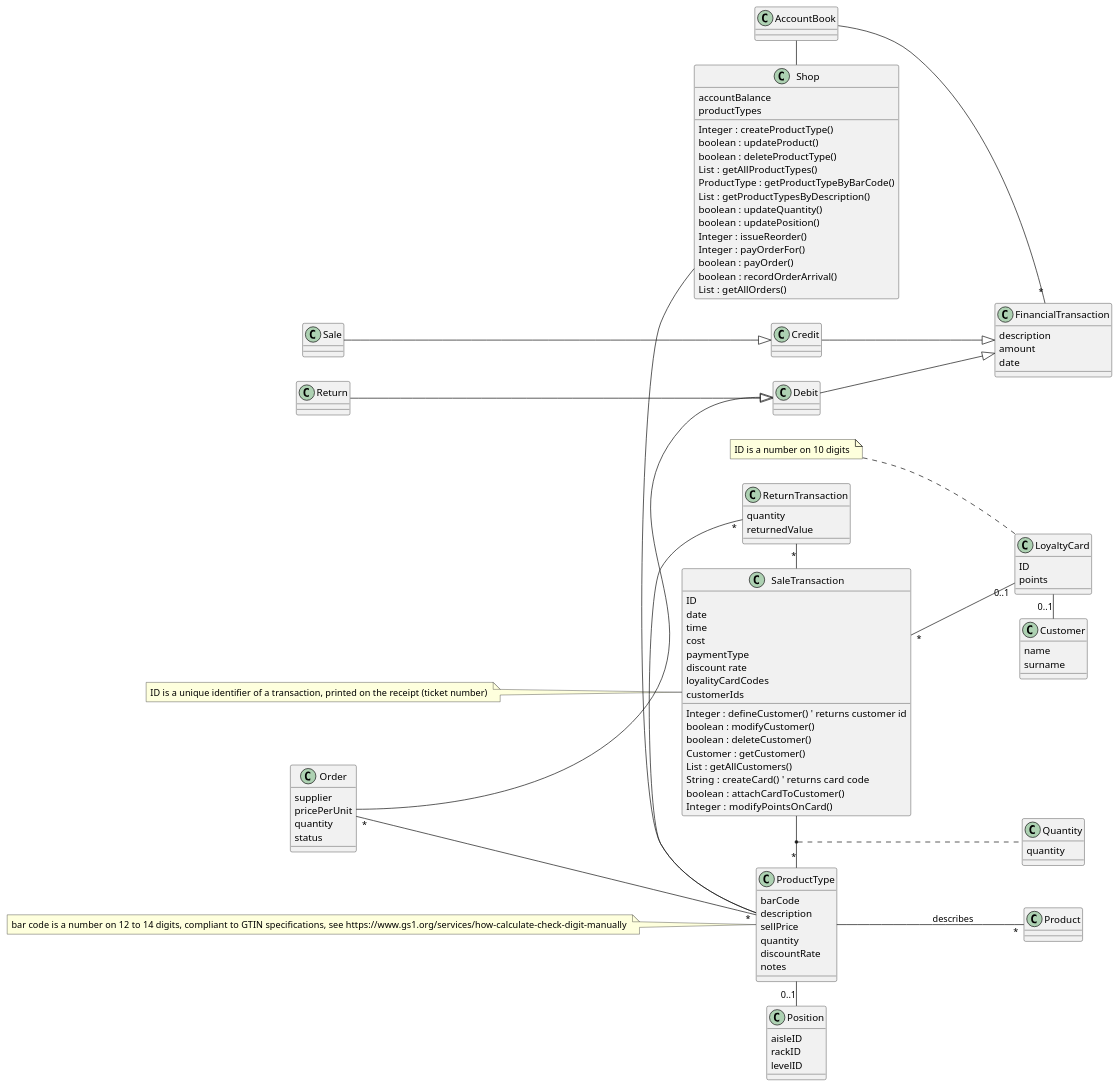
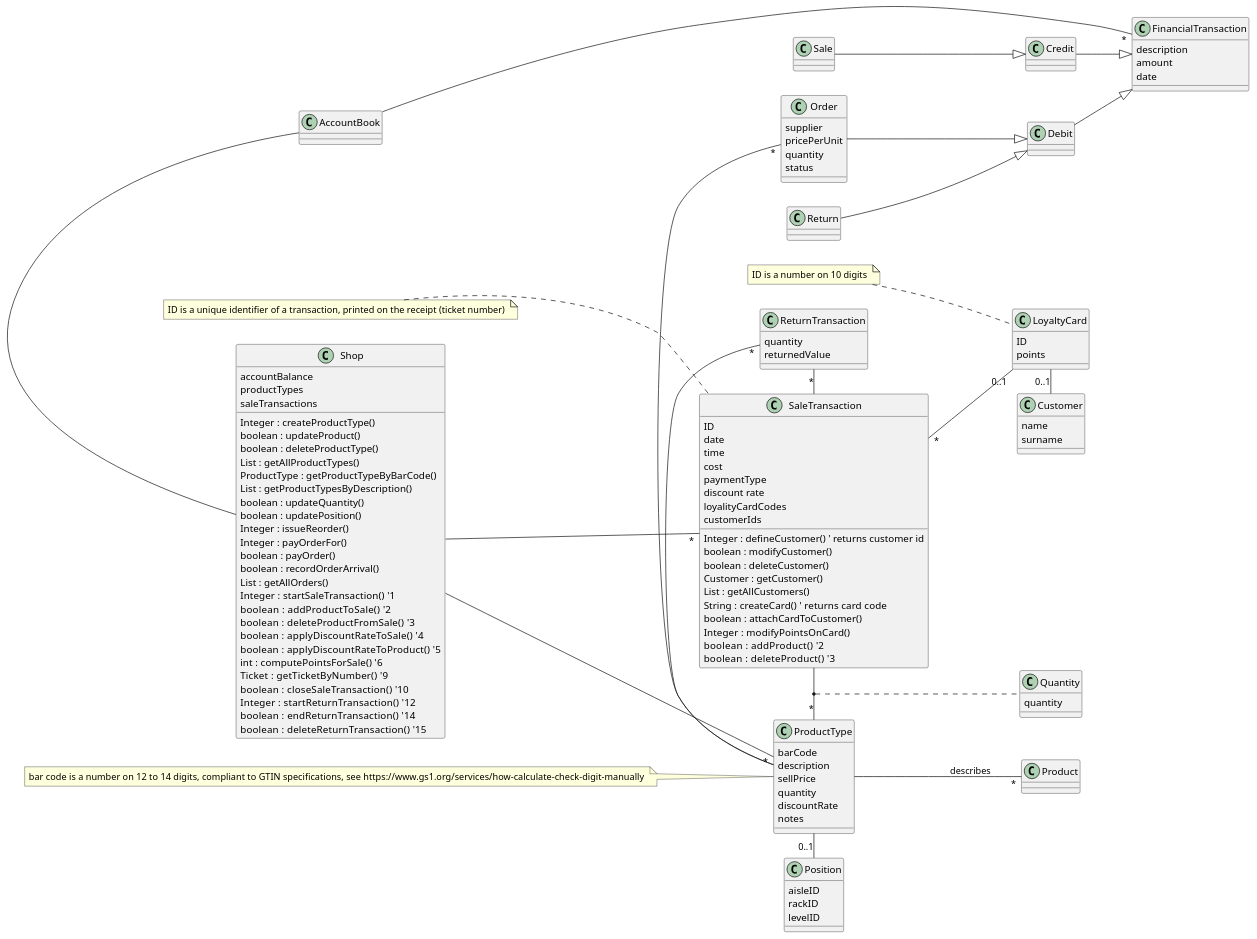
The second of 2 diagrams in Deliverables/DesignDocument.md (zitabou/EZShop), drawn with PlantUML before and after one commit. The commit also changed other lines of this file, not shown here.

Commit message:
Design for FR6 (not completed, notes indicate parts missing)

```diff
--- a/Deliverables/DesignDocument.md
+++ b/Deliverables/DesignDocument.md
@@ -50,6 +50,7 @@
 class Shop{
     accountBalance
     productTypes
+    saleTransactions
     'FR3
     Integer : createProductType()
     boolean : updateProduct()
@@ -65,10 +66,22 @@
     boolean : payOrder()
     boolean : recordOrderArrival()
     List : getAllOrders()
-
+    'FR6
+    Integer  : startSaleTransaction() '1
+    boolean   : addProductToSale() '2
+    boolean   : deleteProductFromSale() '3
+    boolean   : applyDiscountRateToSale() '4
+    boolean   : applyDiscountRateToProduct() '5 
+    int  : computePointsForSale() '6
+    Ticket   : getTicketByNumber() '9
+    boolean   : closeSaleTransaction() '10
+    Integer   : startReturnTransaction() '12
+    boolean   : endReturnTransaction() '14
+    boolean   : deleteReturnTransaction() '15
 
 
 }
+
 class AccountBook 
 AccountBook - Shop
 class FinancialTransaction {
@@ -122,9 +135,12 @@
     String : createCard()  ' returns card code
     boolean : attachCardToCustomer()
     Integer  : modifyPointsOnCard()
-    
+    'FR6
+    boolean   : addProduct() '2
+    boolean   : deleteProduct() '3
 
 }
+Shop --"*" SaleTransaction
 SaleTransaction - "*" ProductType
 
 class Quantity {
```
